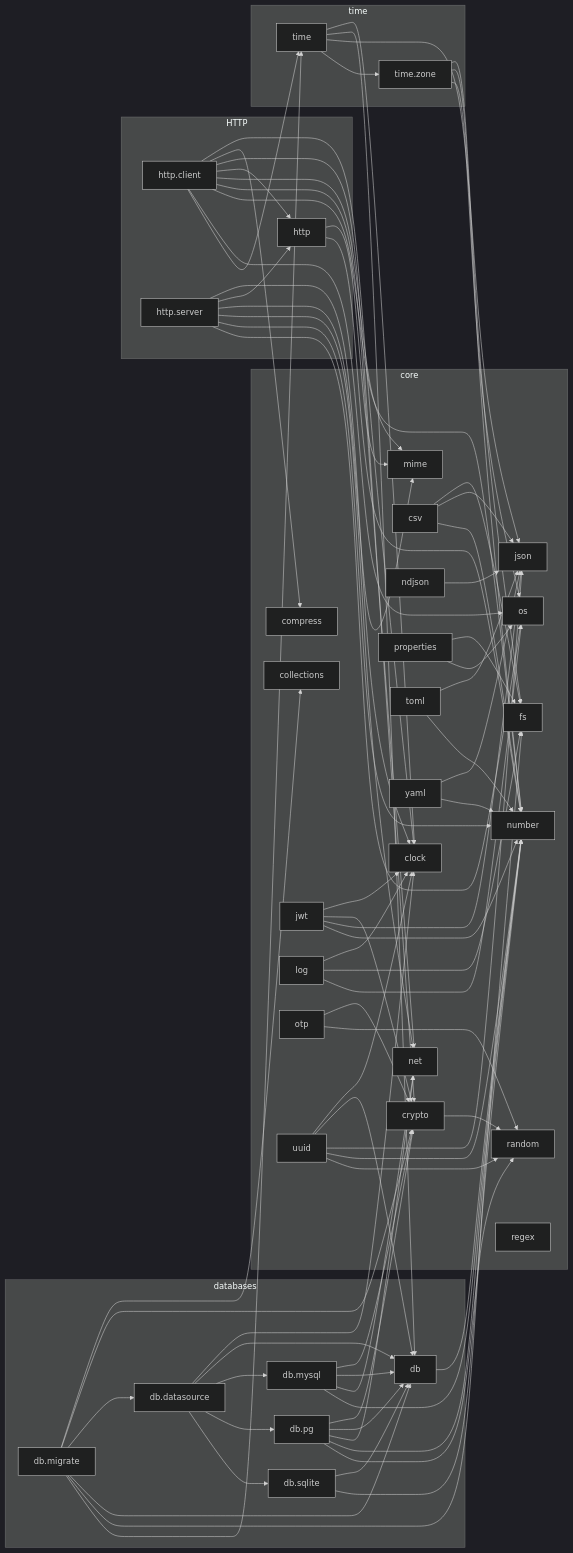
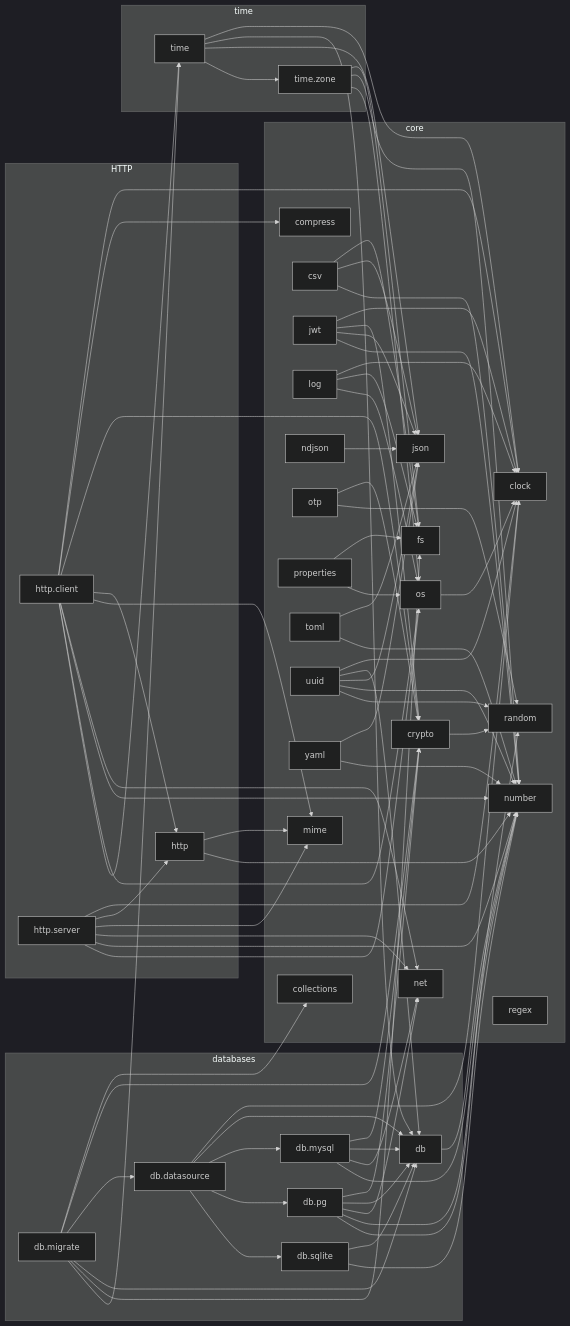
Before and after one commit to vasnatech/ziman: the diagram in docs/lib/dependencies.md, drawn with Mermaid (dark theme). The commit also changed other lines of this file and 11 other files, not shown here.

```diff
--- a/docs/lib/dependencies.md
+++ b/docs/lib/dependencies.md
@@ -86,6 +86,7 @@
     mysql --> net
     mysql --> number
     ndjson --> json
+    os --> clock
     otp --> crypto
     otp --> random
     pg --> crypto
```
